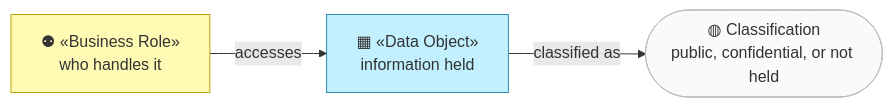
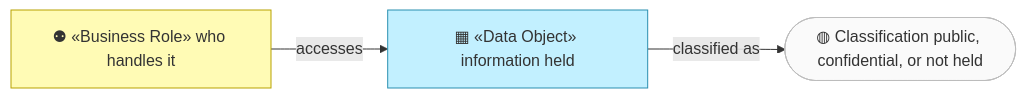
The first of 2 diagrams in org-archreator/architecture/3_information/1_data-objects.md (roanboc/architecture-archreator), drawn with Mermaid before and after one commit. The commit also changed other lines of this file and 38 other files, not shown here.

````diff
--- a/org-archreator/architecture/3_information/1_data-objects.md
+++ b/org-archreator/architecture/3_information/1_data-objects.md
@@ -12,13 +12,13 @@
 ```mermaid
 flowchart LR
-  role["⚉ «Business Role»<br>who handles it"]:::business
-  dobj["▦ «Data Object»<br>information held"]:::data
-  cls(["◍ Classification<br>public, confidential, or not held"]):::note
+  role["⚉ «Business Role» who handles it"]:::business
+  dobj["▦ «Data Object» information held"]:::data
+  cls(["◍ Classification public, confidential, or not held"]):::note
 
   role -->|accesses| dobj
   dobj -->|classified as| cls
 
   classDef business fill:#fffbb5,stroke:#b8a200,color:#333
   classDef data fill:#c2f0ff,stroke:#2a8fb0,color:#333
   classDef note fill:#fafafa,stroke:#bdbdbd,color:#333
 ```
````
